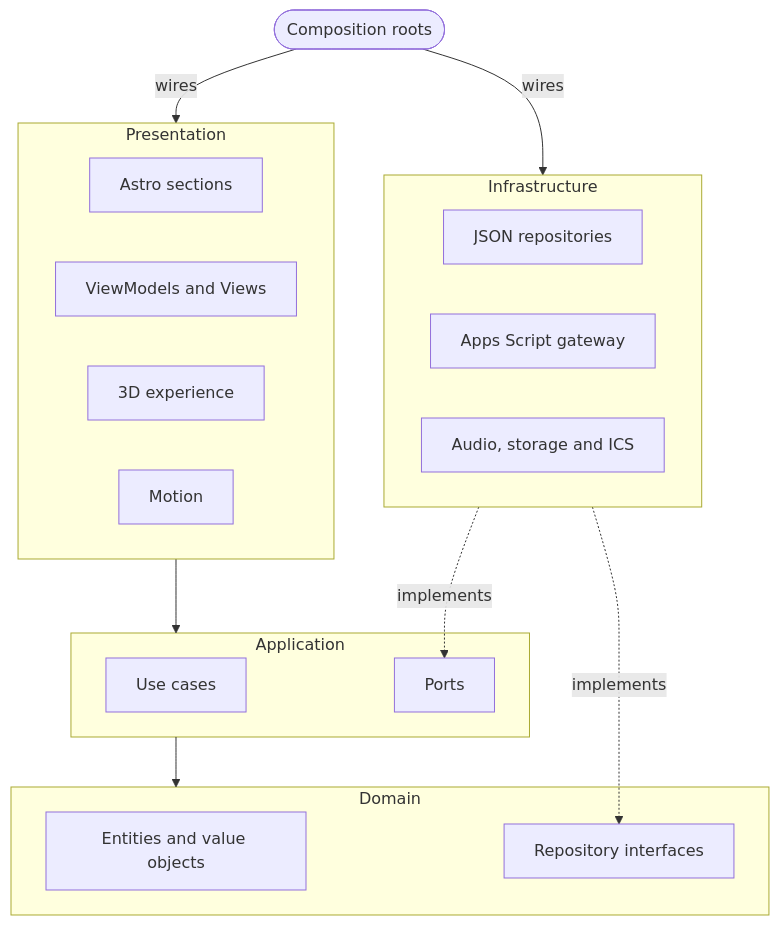
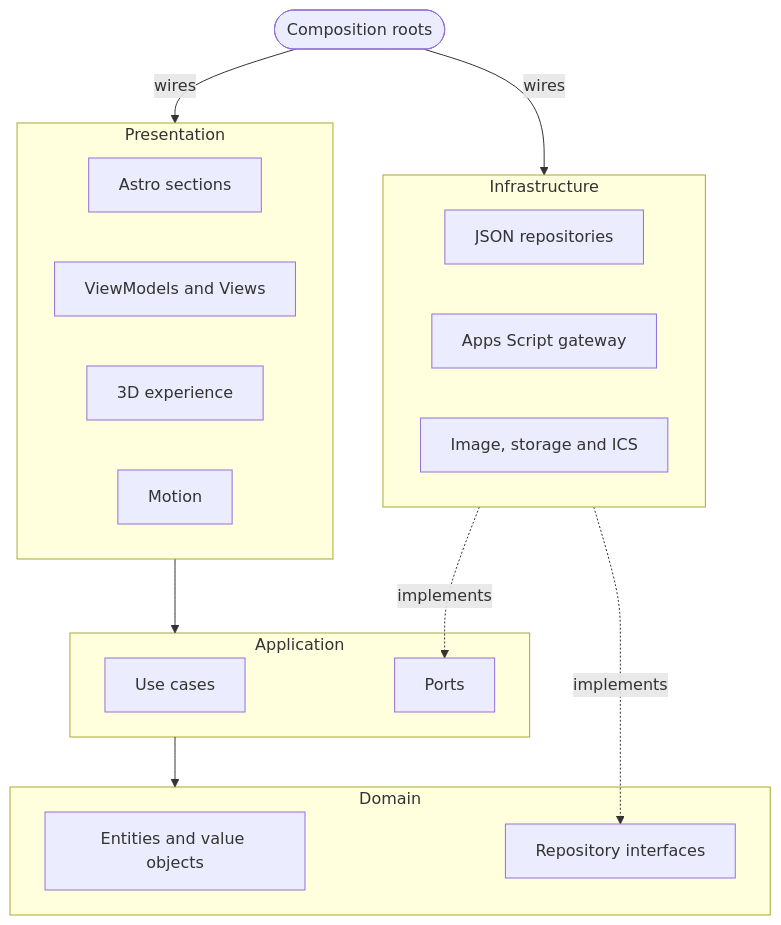
Before and after one commit to Marcos-Codfy/lp-hackarun: the first of 2 diagrams in README.en.md, drawn with Mermaid. The commit also changed other lines of this file and 11 other files, not shown here.

````diff
--- a/README.en.md
+++ b/README.en.md
@@ -248,30 +270,30 @@
 ```mermaid
 flowchart TB
   subgraph PRES["Presentation"]
     SEC["Astro sections"]
     MVVM["ViewModels and Views"]
     XP["3D experience"]
     MOT["Motion"]
   end
   subgraph APP["Application"]
     UC["Use cases"]
     PORTS["Ports"]
   end
   subgraph DOM["Domain"]
     ENT["Entities and value objects"]
     REPO["Repository interfaces"]
   end
   subgraph INFRA["Infrastructure"]
     JSON["JSON repositories"]
     GAS["Apps Script gateway"]
-    ADP["Audio, storage and ICS"]
+    ADP["Image, storage and ICS"]
   end
   COMP(["Composition roots"])
 
   COMP -- wires --> PRES
   COMP -- wires --> INFRA
   PRES --> APP
   APP --> DOM
   INFRA -. implements .-> PORTS
   INFRA -. implements .-> REPO
 ```
````
